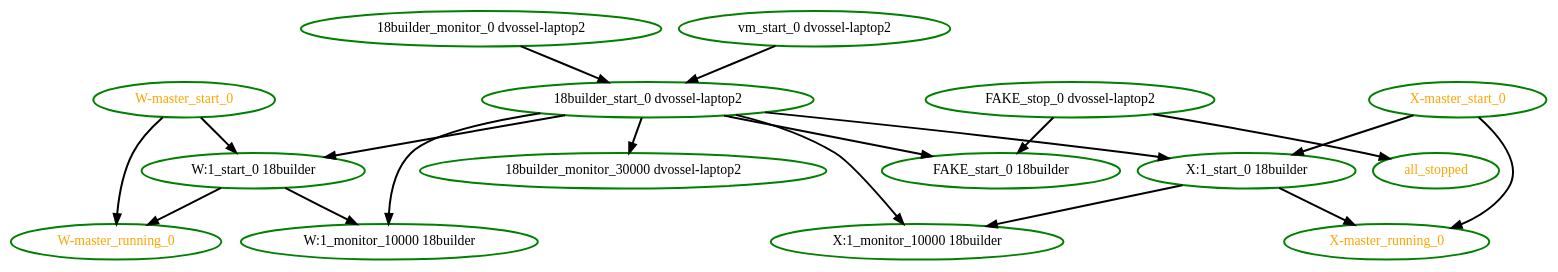
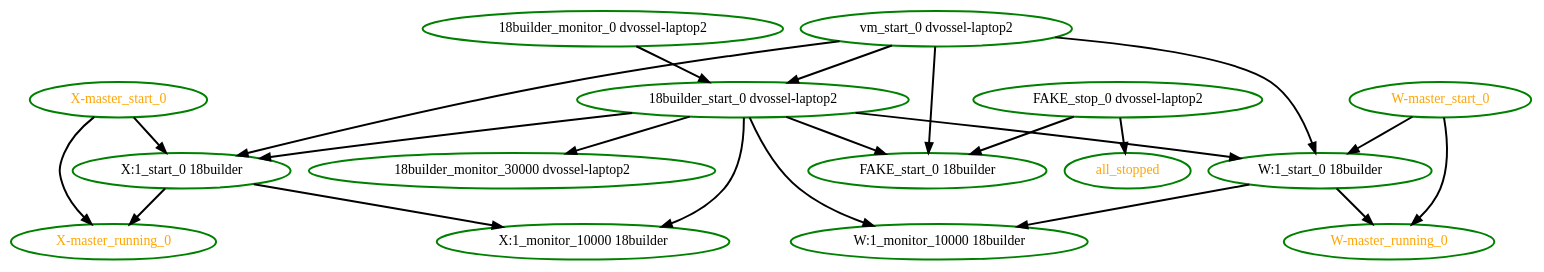
One commit to ClusterLabs/pacemaker changed the diagram in pengine/test10/whitebox-fail3.dot. Above: the diagram before and after it, drawn with Graphviz. The commit also changed 27 other files, not shown here.

```diff
--- a/pengine/test10/whitebox-fail3.dot
+++ b/pengine/test10/whitebox-fail3.dot
@@ -1,35 +1,38 @@
 digraph "g" {
 "18builder_monitor_0 dvossel-laptop2" -> "18builder_start_0 dvossel-laptop2" [ style = bold]
 "18builder_monitor_0 dvossel-laptop2" [ style=bold color="green" fontcolor="black"]
 "18builder_monitor_30000 dvossel-laptop2" [ style=bold color="green" fontcolor="black"]
 "18builder_start_0 dvossel-laptop2" -> "18builder_monitor_30000 dvossel-laptop2" [ style = bold]
 "18builder_start_0 dvossel-laptop2" -> "FAKE_start_0 18builder" [ style = bold]
 "18builder_start_0 dvossel-laptop2" -> "W:1_monitor_10000 18builder" [ style = bold]
 "18builder_start_0 dvossel-laptop2" -> "W:1_start_0 18builder" [ style = bold]
 "18builder_start_0 dvossel-laptop2" -> "X:1_monitor_10000 18builder" [ style = bold]
 "18builder_start_0 dvossel-laptop2" -> "X:1_start_0 18builder" [ style = bold]
 "18builder_start_0 dvossel-laptop2" [ style=bold color="green" fontcolor="black"]
 "FAKE_start_0 18builder" [ style=bold color="green" fontcolor="black"]
 "FAKE_stop_0 dvossel-laptop2" -> "FAKE_start_0 18builder" [ style = bold]
 "FAKE_stop_0 dvossel-laptop2" -> "all_stopped" [ style = bold]
 "FAKE_stop_0 dvossel-laptop2" [ style=bold color="green" fontcolor="black"]
 "W-master_running_0" [ style=bold color="green" fontcolor="orange"]
 "W-master_start_0" -> "W-master_running_0" [ style = bold]
 "W-master_start_0" -> "W:1_start_0 18builder" [ style = bold]
 "W-master_start_0" [ style=bold color="green" fontcolor="orange"]
 "W:1_monitor_10000 18builder" [ style=bold color="green" fontcolor="black"]
 "W:1_start_0 18builder" -> "W-master_running_0" [ style = bold]
 "W:1_start_0 18builder" -> "W:1_monitor_10000 18builder" [ style = bold]
 "W:1_start_0 18builder" [ style=bold color="green" fontcolor="black"]
 "X-master_running_0" [ style=bold color="green" fontcolor="orange"]
 "X-master_start_0" -> "X-master_running_0" [ style = bold]
 "X-master_start_0" -> "X:1_start_0 18builder" [ style = bold]
 "X-master_start_0" [ style=bold color="green" fontcolor="orange"]
 "X:1_monitor_10000 18builder" [ style=bold color="green" fontcolor="black"]
 "X:1_start_0 18builder" -> "X-master_running_0" [ style = bold]
 "X:1_start_0 18builder" -> "X:1_monitor_10000 18builder" [ style = bold]
 "X:1_start_0 18builder" [ style=bold color="green" fontcolor="black"]
 "all_stopped" [ style=bold color="green" fontcolor="orange"]
 "vm_start_0 dvossel-laptop2" -> "18builder_start_0 dvossel-laptop2" [ style = bold]
+"vm_start_0 dvossel-laptop2" -> "FAKE_start_0 18builder" [ style = bold]
+"vm_start_0 dvossel-laptop2" -> "W:1_start_0 18builder" [ style = bold]
+"vm_start_0 dvossel-laptop2" -> "X:1_start_0 18builder" [ style = bold]
 "vm_start_0 dvossel-laptop2" [ style=bold color="green" fontcolor="black"]
 }
```
